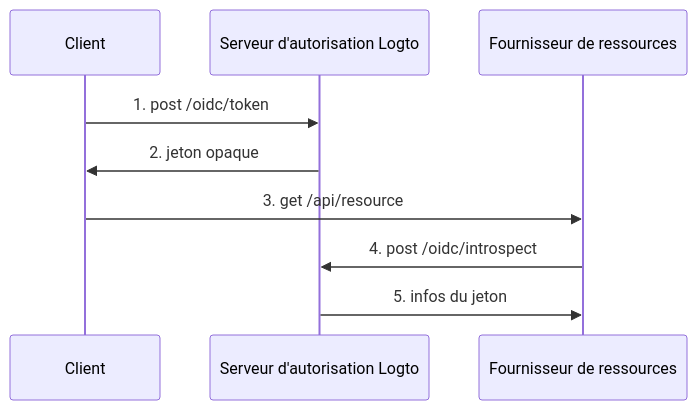
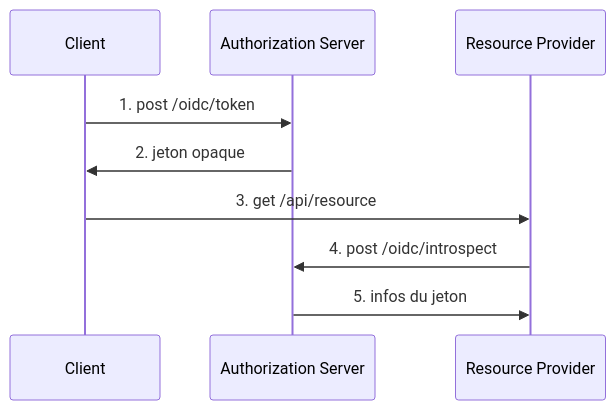
The first of 2 diagrams in src/content/terms/fr/opaque-token.mdx (logto-io/auth-wiki), drawn with Mermaid before and after one commit. The commit also changed other lines of this file and 98 other files, not shown here.

````diff
--- a/src/content/terms/fr/opaque-token.mdx
+++ b/src/content/terms/fr/opaque-token.mdx
@@ -49,13 +49,13 @@
 ```mermaid
 sequenceDiagram
     participant C as Client
-    participant AS as Serveur d'autorisation Logto
-    participant RP as Fournisseur de ressources
+    participant AS as Authorization Server
+    participant RP as Resource Provider
 
     C ->> AS: 1. post /oidc/token
     AS ->> C: 2. jeton opaque
     C ->> RP: 3. get /api/resource
     RP ->> AS: 4. post /oidc/introspect
     AS ->> RP: 5. infos du jeton
 
 ```
````
